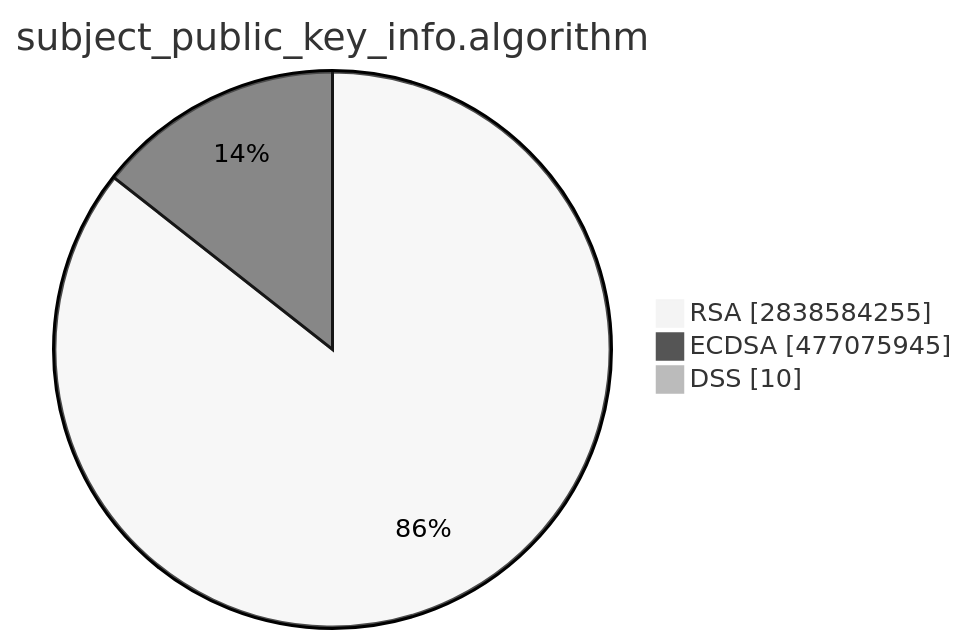
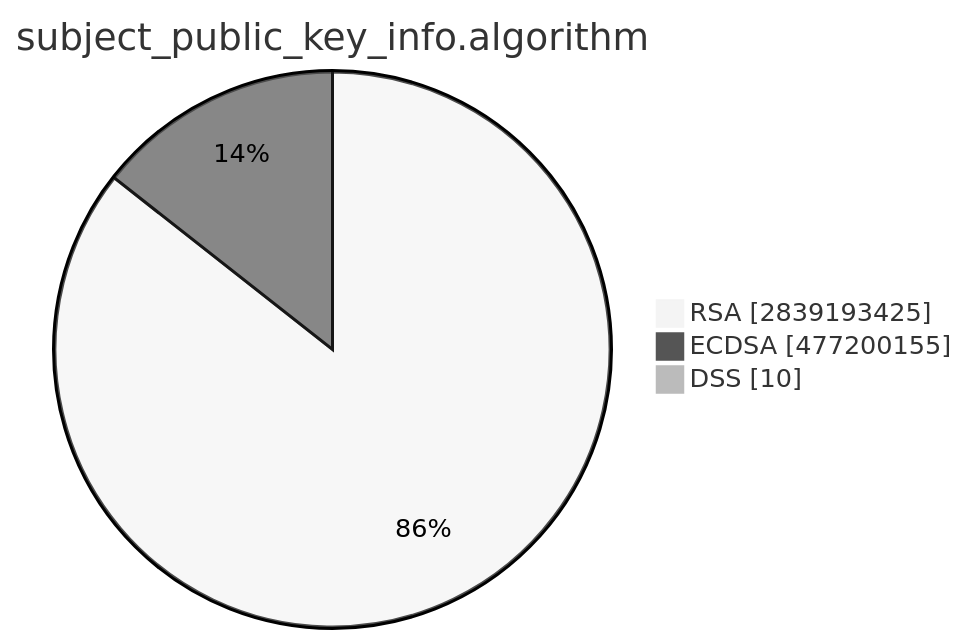
Before and after one commit to christiankrug/ctmonitor_visualization: the second of 15 diagrams in TOTAL/README.md, drawn with Mermaid (neutral theme). The commit also changed other lines of this file, not shown here.

````diff
--- a/TOTAL/README.md
+++ b/TOTAL/README.md
@@ -6,7 +6,7 @@
 ```mermaid
 pie showData
 title subject_public_key_info.algorithm
-"RSA" :2838584255
-"ECDSA" :477075945
+"RSA" :2839193425
+"ECDSA" :477200155
 "DSS" :10
 ```
````
